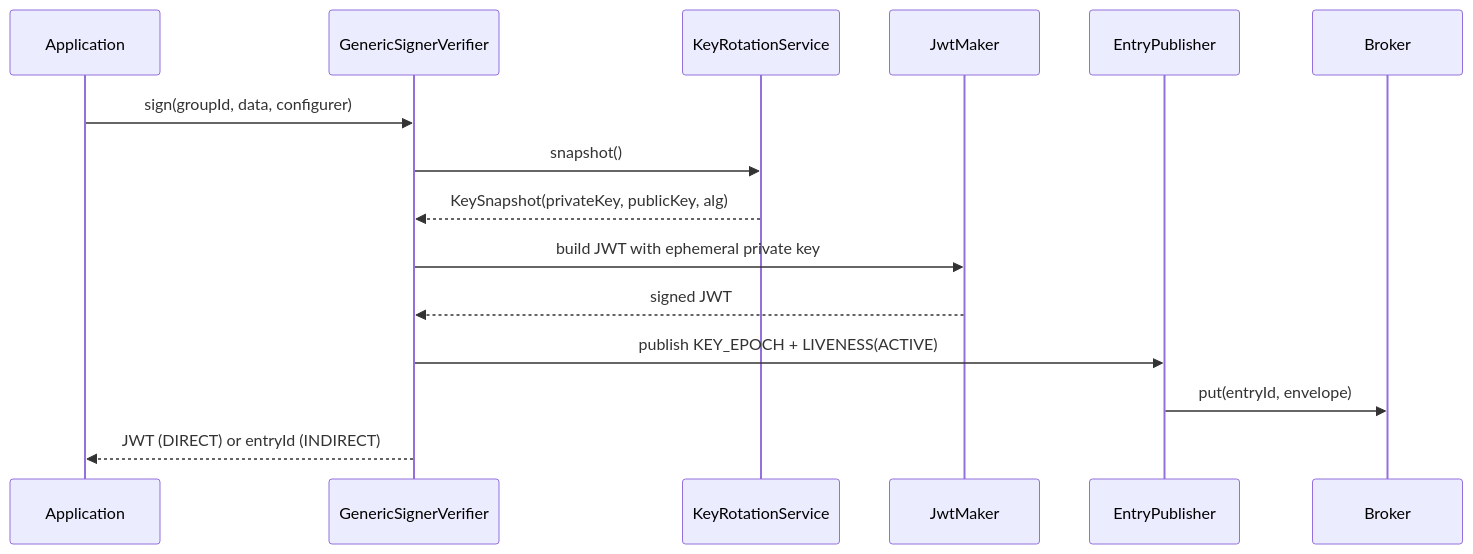
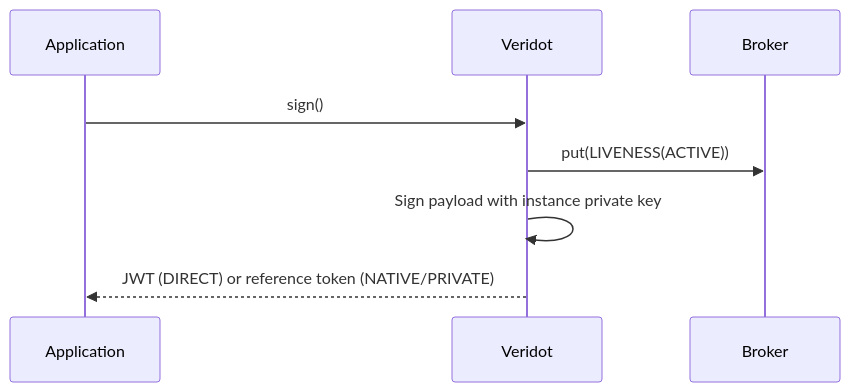
Before and after one commit to cyfko/veridot: the third of 4 diagrams in docs/docs/architecture/overview.md, drawn with Mermaid. The commit also changed other lines of this file and 84 other files, not shown here.

Commit message:
docs: complete Protocol V5 documentation rewrite (including premium diagrams)

````diff
--- a/docs/docs/architecture/overview.md
+++ b/docs/docs/architecture/overview.md
@@ -92,18 +94,11 @@
 ```mermaid
 sequenceDiagram
     participant App as Application
-    participant GSV as GenericSignerVerifier
-    participant KRS as KeyRotationService
-    participant JWT as JwtMaker
-    participant EP as EntryPublisher
-    participant Broker as Broker
+    participant Veridot
+    participant Broker
 
-    App->>GSV: sign(groupId, data, configurer)
-    GSV->>KRS: snapshot()
-    KRS-->>GSV: KeySnapshot(privateKey, publicKey, alg)
-    GSV->>JWT: build JWT with ephemeral private key
-    JWT-->>GSV: signed JWT
-    GSV->>EP: publish KEY_EPOCH + LIVENESS(ACTIVE)
-    EP->>Broker: put(entryId, envelope)
-    GSV-->>App: JWT (DIRECT) or entryId (INDIRECT)
+    App->>Veridot: sign()
+    Veridot->>Broker: put(LIVENESS(ACTIVE))
+    Veridot->>Veridot: Sign payload with instance private key
+    Veridot-->>App: JWT (DIRECT) or reference token (NATIVE/PRIVATE)
 ```
````
